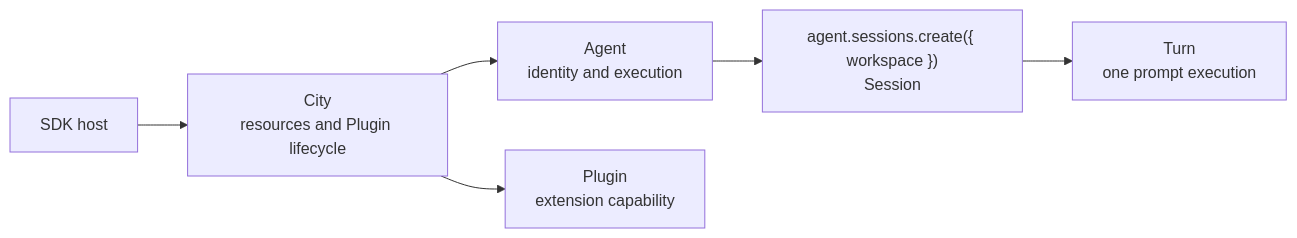
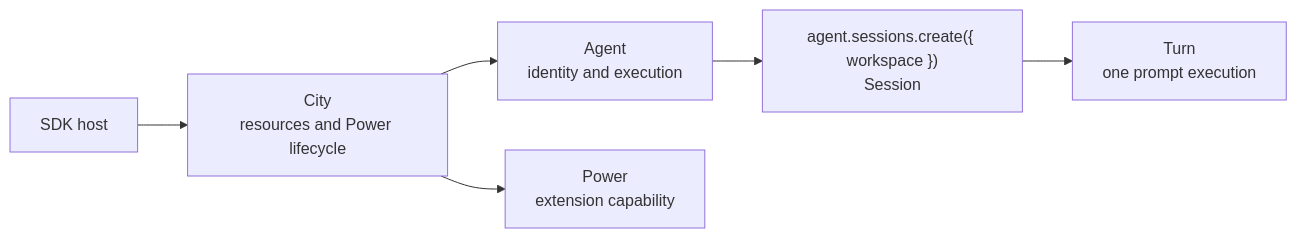
Before and after one commit to genesiscosmos/downcity: the diagram in homepage/content/agent-sdk-docs/en/index.mdx, drawn with Mermaid. The commit also changed other lines of this file and 697 other files, not shown here.

First line of the commit message:
refactor(power): Plugin 词汇与文档路径全面收敛为 Power

````diff
--- a/homepage/content/agent-sdk-docs/en/index.mdx
+++ b/homepage/content/agent-sdk-docs/en/index.mdx
@@ -11,8 +11,8 @@
 ```mermaid
 flowchart LR
-    Host["SDK host"] --> City["City<br/>resources and Plugin lifecycle"]
+    Host["SDK host"] --> City["City<br/>resources and Power lifecycle"]
     City --> Agent["Agent<br/>identity and execution"]
     Agent --> Session["agent.sessions.create({ workspace })<br/>Session"]
     Session --> Turn["Turn<br/>one prompt execution"]
-    City --> Plugin["Plugin<br/>extension capability"]
+    City --> Power["Power<br/>extension capability"]
 ```
````
